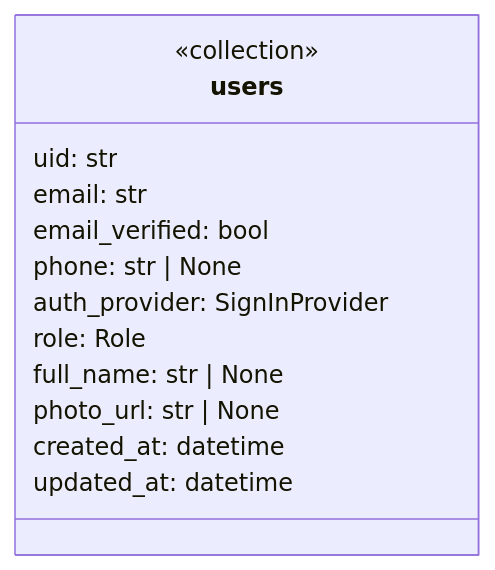
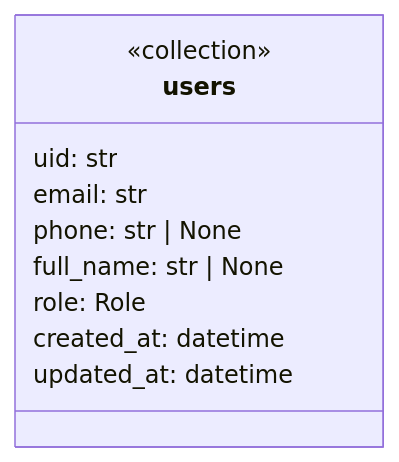
One commit to mtu-sdh-agile-avengers/agentic-lender changed the second of 2 diagrams in docs/api/data-model.md. Above: the diagram before and after it, drawn with Mermaid. The commit also changed other lines of this file, not shown here.

Commit message:
docs: modify user collection schema  (ALG4-64, ALG4-162)

````diff
--- a/docs/api/data-model.md
+++ b/docs/api/data-model.md
@@ -251,16 +248,13 @@
 ```mermaid
 classDiagram
   class users {
     <<collection>>
     uid: str 
     email: str
-    email_verified: bool
     phone: str | None
-    auth_provider: SignInProvider
+    full_name: str | None
     role: Role
-    full_name: str | None
-    photo_url: str | None
     created_at: datetime
     updated_at: datetime
   }
 ```
````
